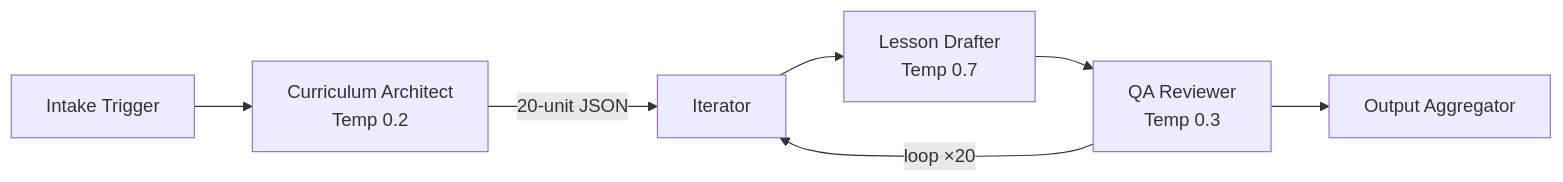
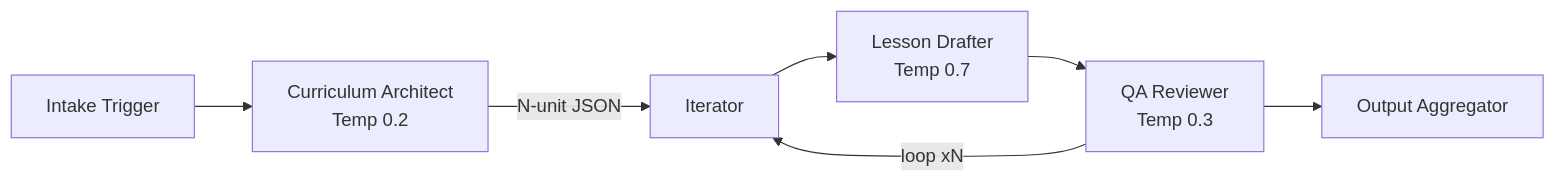
The diagram in README.md (amrendra7777/ai-lesson-plan-automation), drawn with Mermaid before and after one commit. The commit also changed other lines of this file, not shown here.

````diff
--- a/README.md
+++ b/README.md
@@ -11,9 +11,9 @@
 ```mermaid
 graph LR
     A[Intake Trigger] --> B[Curriculum Architect<br/>Temp 0.2]
-    B -->|20-unit JSON| C[Iterator]
+    B -->|N-unit JSON| C[Iterator]
     C --> D[Lesson Drafter<br/>Temp 0.7]
     D --> E[QA Reviewer<br/>Temp 0.3]
-    E -->|loop ×20| C
+    E -->|loop xN| C
     E --> F[Output Aggregator]
 ```
````
